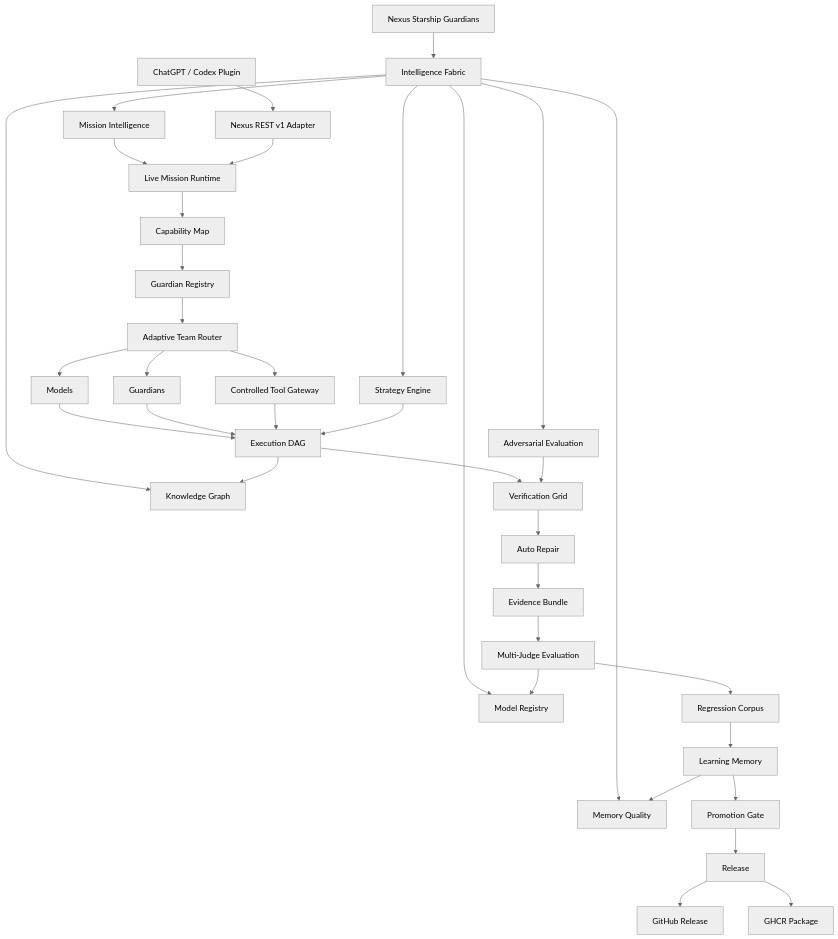
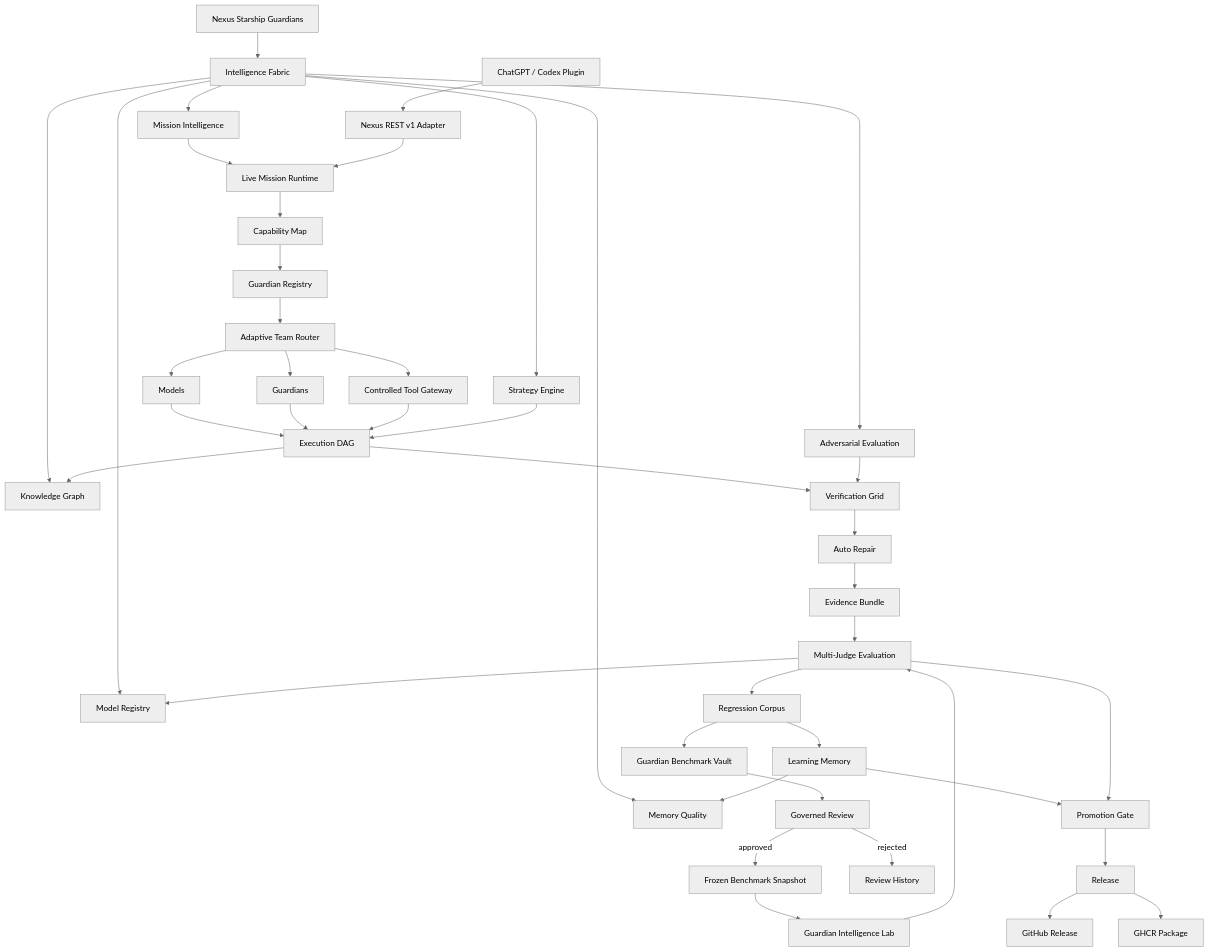
The diagram in README.md (lois4801/NEXUS-Starship-Guardians), drawn with Mermaid (neutral theme) before and after one commit. The commit also changed other lines of this file, not shown here.

Commit message:
Refresh README for Guardian Benchmark Vault v0.6.0

````diff
--- a/README.md
+++ b/README.md
@@ -61,38 +69,45 @@
 ```mermaid
 flowchart TD
     A[Nexus Starship Guardians] --> B[Intelligence Fabric]
     B --> B1[Knowledge Graph]
     B --> B2[Strategy Engine]
     B --> B3[Memory Quality]
     B --> B4[Model Registry]
     B --> B5[Adversarial Evaluation]
     B --> C[Mission Intelligence]
     C --> D[Live Mission Runtime]
     D --> E[Capability Map]
     E --> F[Guardian Registry]
     F --> G[Adaptive Team Router]
     G --> H[Models]
     G --> I[Guardians]
     G --> J[Controlled Tool Gateway]
     H --> K[Execution DAG]
     I --> K
     J --> K
     B2 --> K
     K --> L[Verification Grid]
     B5 --> L
     L --> M[Auto Repair]
     M --> N[Evidence Bundle]
     N --> O[Multi-Judge Evaluation]
     O --> P[Regression Corpus]
+    P --> BV[Guardian Benchmark Vault]
+    BV --> BR[Governed Review]
+    BR -->|approved| BS[Frozen Benchmark Snapshot]
+    BR -->|rejected| RH[Review History]
+    BS --> GIL[Guardian Intelligence Lab]
+    GIL --> O
     P --> Q[Learning Memory]
     Q --> B3
     O --> B4
     K --> B1
     Q --> R[Promotion Gate]
+    O --> R
     R --> S[Release]
 
     T[ChatGPT / Codex Plugin] --> U[Nexus REST v1 Adapter]
     U --> D
     S --> V[GitHub Release]
     S --> W[GHCR Package]
 ```
````
